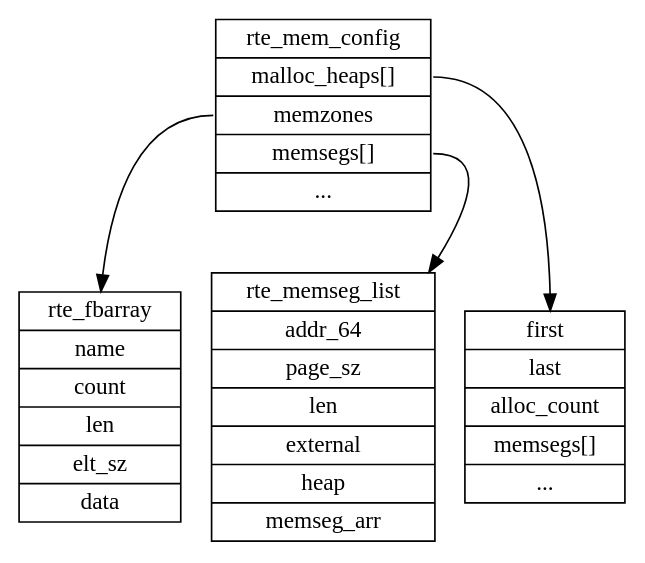
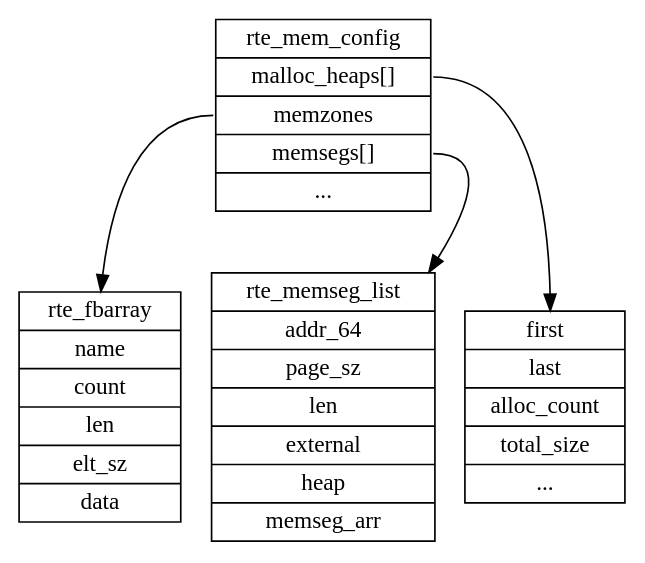
One commit to sisyphus1212/note changed the diagram in dpdk/内存管理.md. Above: the diagram before and after it, drawn with Graphviz.

Commit message:
auto_update

````diff
--- a/dpdk/内存管理.md
+++ b/dpdk/内存管理.md
@@ -16,50 +16,50 @@
 ```graphviz
 digraph {
 	rte_mem_config[
 		label = "{
 		<f0>rte_mem_config|
         <f1>malloc_heaps[]|
 		<f2>memzones|
 		<f3>memsegs[]|
 		<f4>...
 		}",
 		shape = "record"
 	];
 	rte_fbarray[
 		label = "{
 		rte_fbarray|
         name|
 		count|
 		len|
 		elt_sz|
 		data
 		}",
 		shape = "record"
 	];
 	rte_memseg_list[
 		label = "{
 		<f0>rte_memseg_list|
 		<f1>addr_64|
 		<f2>page_sz|
 		<f3>len|
 		<f4>external|
 		<f5>heap |
 		<f6>memseg_arr
 		}",
 		shape = "record"
 	];
 	malloc_heap[
 		label = "{
 		first|
         last|
 		alloc_count|
-		memsegs[]|
+		total_size|
 		...
 		}",
 		shape = "record"
 	];
 	rte_mem_config:f1 -> malloc_heap
 	rte_mem_config:f2 -> rte_fbarray
 	rte_mem_config:f3 -> rte_memseg_list
 }
 ```
````
